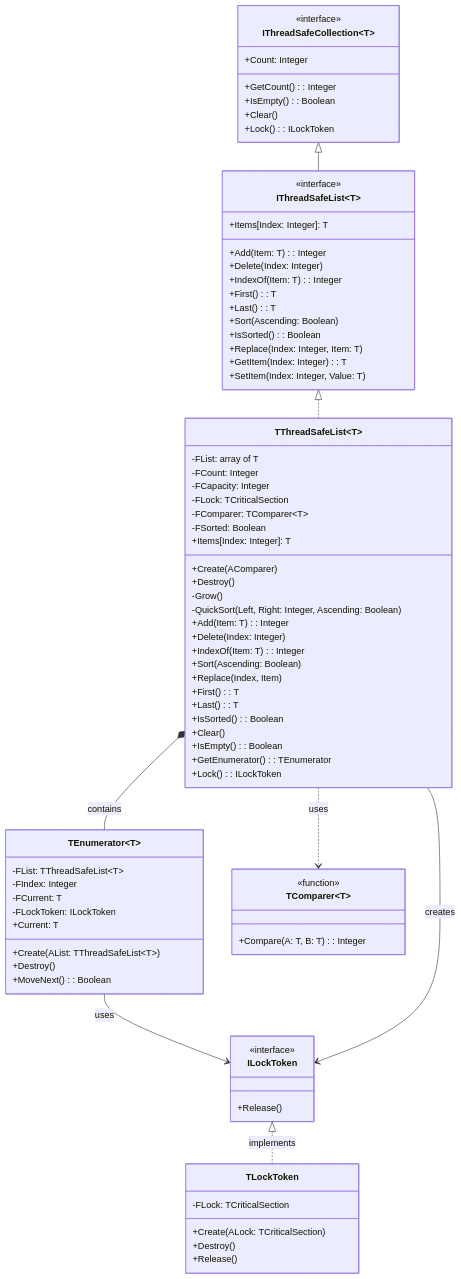
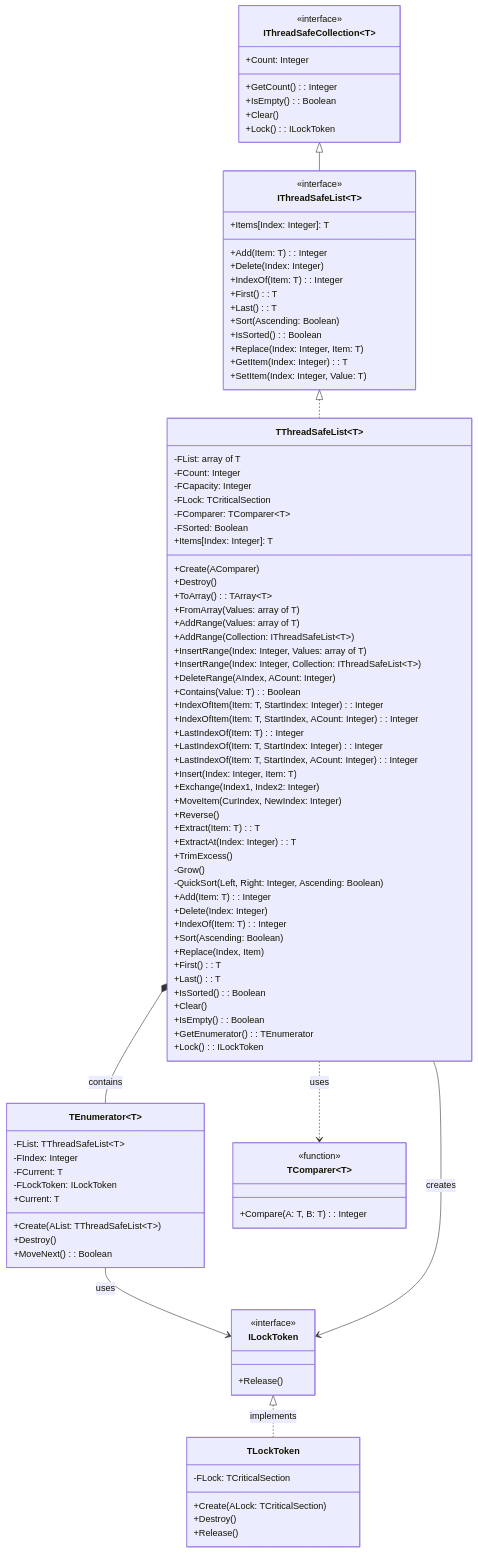
The diagram in docs/ThreadSafeCollections.List.md (ikelaiah/threadsafecollections-fp), drawn with Mermaid before and after one commit. The commit also changed other lines of this file, not shown here.

Commit message:
Update - Updated the documentation for ThreadSafeCollections.List

```diff
--- a/docs/ThreadSafeCollections.List.md
+++ b/docs/ThreadSafeCollections.List.md
@@ -37,6 +74,26 @@
         -FSorted: Boolean
         +Create(AComparer)
         +Destroy()
+        +ToArray(): TArray~T~
+        +FromArray(Values: array of T)
+        +AddRange(Values: array of T)
+        +AddRange(Collection: IThreadSafeList~T~)
+        +InsertRange(Index: Integer, Values: array of T)
+        +InsertRange(Index: Integer, Collection: IThreadSafeList~T~)
+        +DeleteRange(AIndex, ACount: Integer)
+        +Contains(Value: T): Boolean
+        +IndexOfItem(Item: T, StartIndex: Integer): Integer
+        +IndexOfItem(Item: T, StartIndex, ACount: Integer): Integer
+        +LastIndexOf(Item: T): Integer
+        +LastIndexOf(Item: T, StartIndex: Integer): Integer
+        +LastIndexOf(Item: T, StartIndex, ACount: Integer): Integer
+        +Insert(Index: Integer, Item: T)
+        +Exchange(Index1, Index2: Integer)
+        +MoveItem(CurIndex, NewIndex: Integer)
+        +Reverse()
+        +Extract(Item: T): T
+        +ExtractAt(Index: Integer): T
+        +TrimExcess()
         -Grow()
         -QuickSort(Left, Right: Integer, Ascending: Boolean)
         +Add(Item: T): Integer
```
